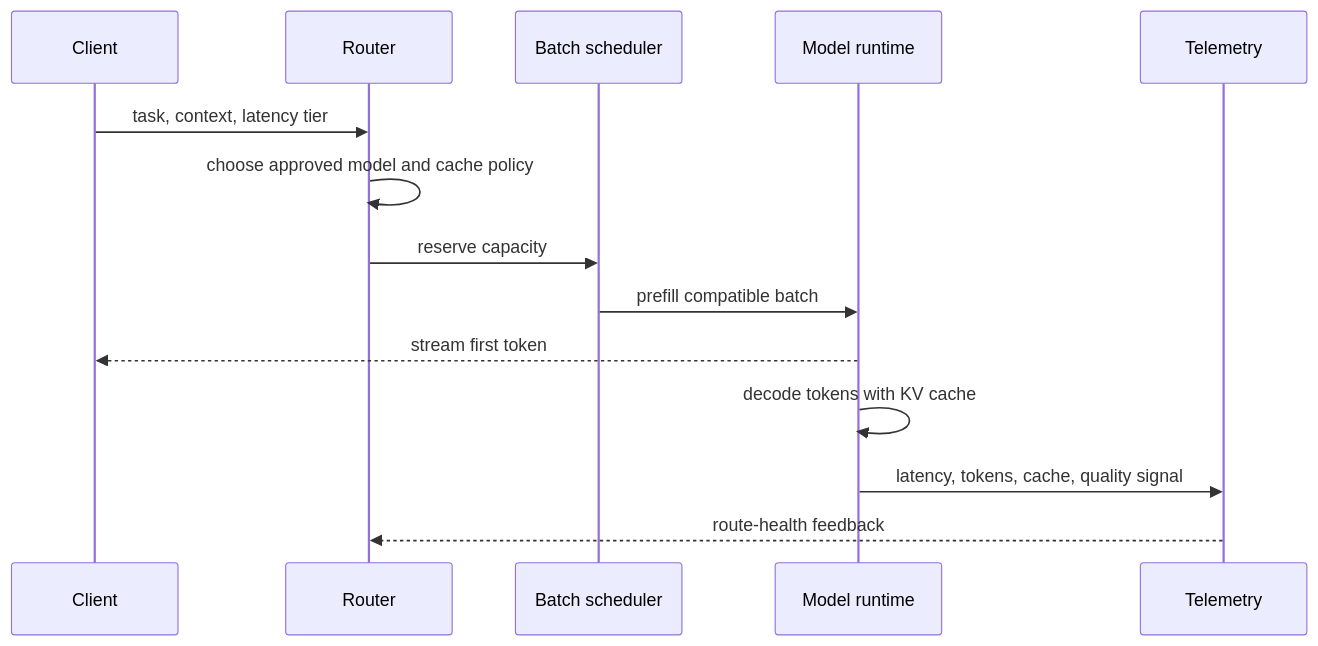
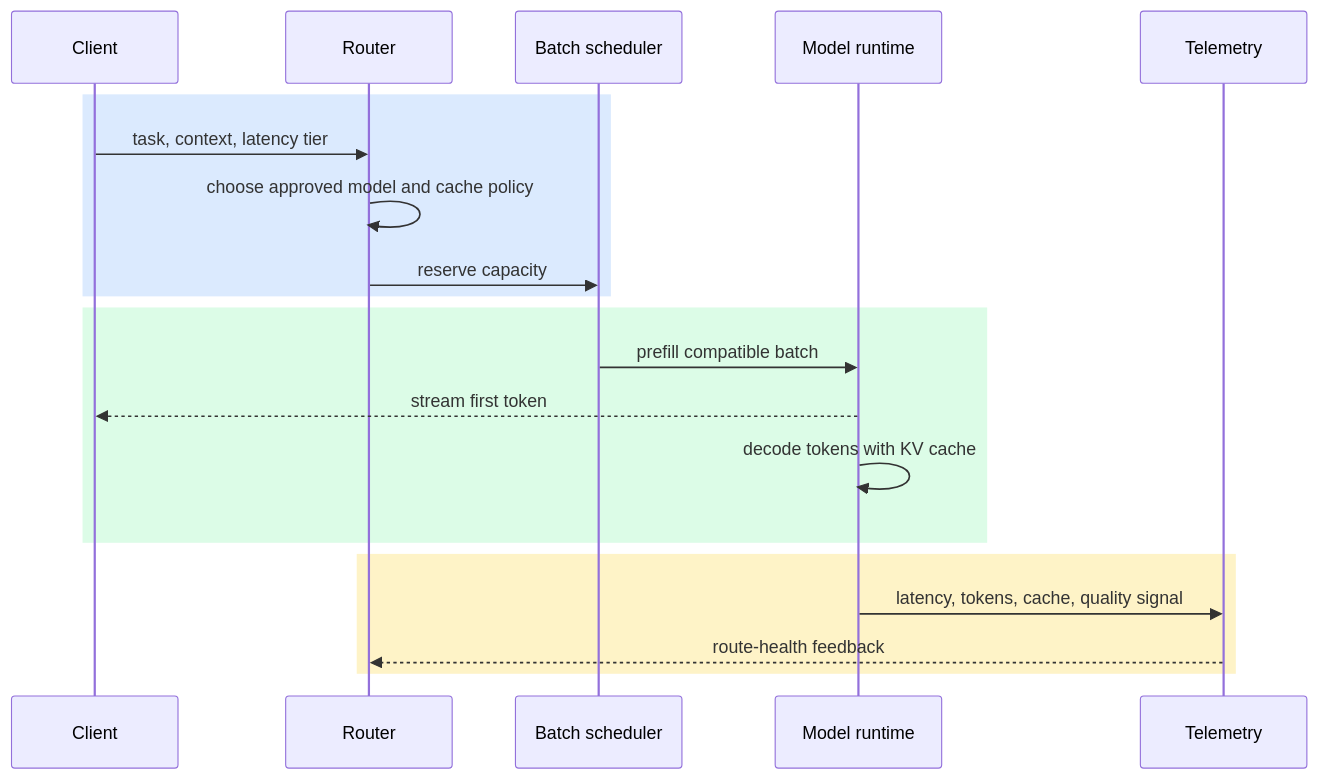
One commit to souradeepta/ai-monthly-concepts changed the second of 2 diagrams in months/2026-07/08-inference-efficiency.md. Above: the diagram before and after it, drawn with Mermaid. The commit also changed 9 other files, not shown here.

````diff
--- a/months/2026-07/08-inference-efficiency.md
+++ b/months/2026-07/08-inference-efficiency.md
@@ -54,16 +54,22 @@
 ```mermaid
 sequenceDiagram
     participant C as Client
     participant R as Router
     participant B as Batch scheduler
     participant M as Model runtime
     participant T as Telemetry
-    C->>R: task, context, latency tier
-    R->>R: choose approved model and cache policy
-    R->>B: reserve capacity
-    B->>M: prefill compatible batch
-    M-->>C: stream first token
-    M->>M: decode tokens with KV cache
-    M->>T: latency, tokens, cache, quality signal
-    T-->>R: route-health feedback
+    rect rgb(219, 234, 254)
+      C->>R: task, context, latency tier
+      R->>R: choose approved model and cache policy
+      R->>B: reserve capacity
+    end
+    rect rgb(220, 252, 231)
+      B->>M: prefill compatible batch
+      M-->>C: stream first token
+      M->>M: decode tokens with KV cache
+    end
+    rect rgb(254, 243, 199)
+      M->>T: latency, tokens, cache, quality signal
+      T-->>R: route-health feedback
+    end
 ```
````
